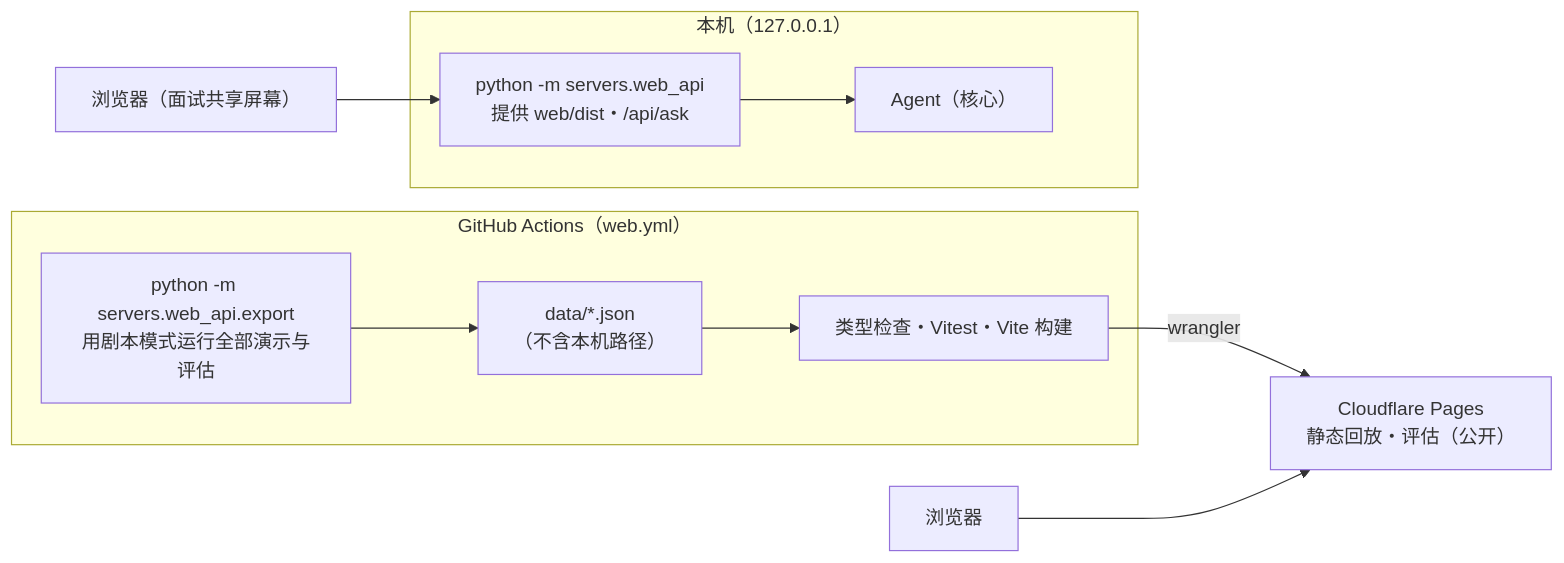
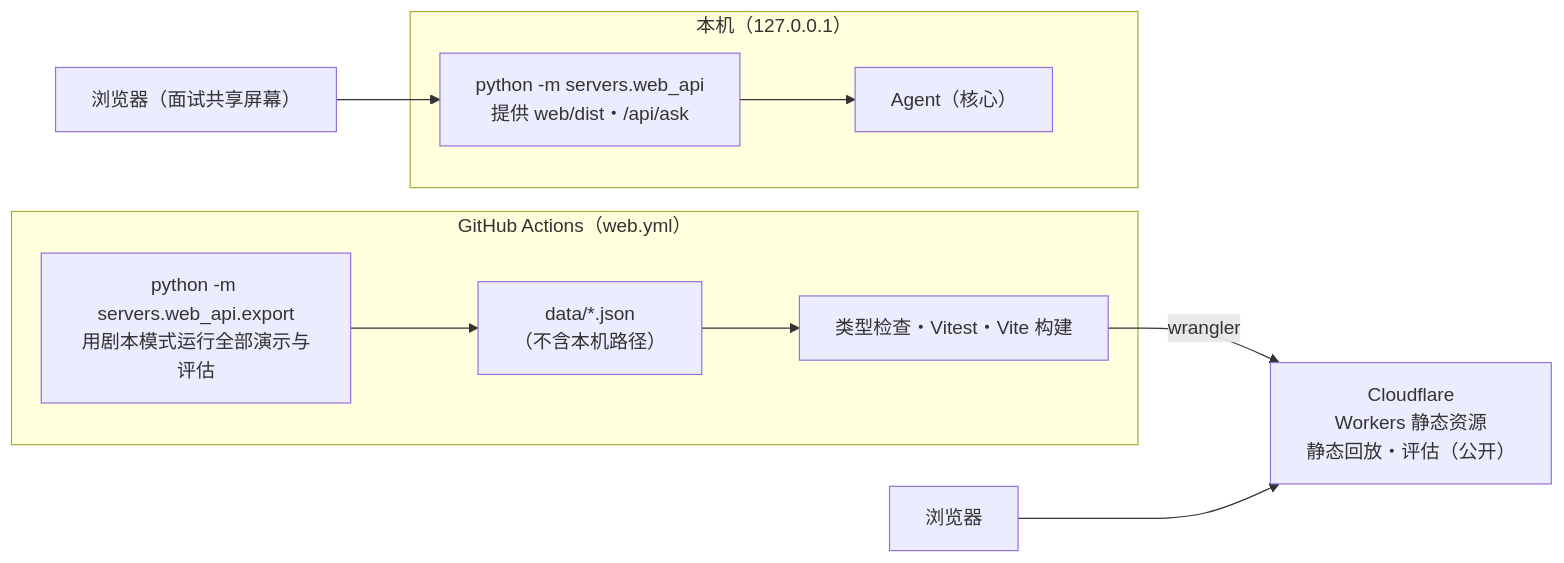
One commit to hexinlong9981/echolab changed the third of 3 diagrams in docs/architecture.zh-CN.md. Above: the diagram before and after it, drawn with Mermaid. The commit also changed other lines of this file and 18 other files, not shown here.

First line of the commit message:
M5: Cloudflare への公開を Workers の静的アセット（wrangler deploy・web/wrangler.jsonc）に変更し、公開 URL を記載

````diff
--- a/docs/architecture.zh-CN.md
+++ b/docs/architecture.zh-CN.md
@@ -206,13 +206,13 @@
 ```mermaid
 flowchart LR
   subgraph CI["GitHub Actions（web.yml）"]
     EX["python -m servers.web_api.export<br/>用剧本模式运行全部演示与评估"] --> JSON["data/*.json<br/>（不含本机路径）"]
     JSON --> B["类型检查・Vitest・Vite 构建"]
   end
-  B -->|wrangler| CF["Cloudflare Pages<br/>静态回放・评估（公开）"]
+  B -->|wrangler| CF["Cloudflare<br/>Workers 静态资源<br/>静态回放・评估（公开）"]
   subgraph LOCAL["本机（127.0.0.1）"]
     API["python -m servers.web_api<br/>提供 web/dist・/api/ask"] --> AG["Agent（核心）"]
   end
   BR["浏览器"] --> CF
   BR2["浏览器（面试共享屏幕）"] --> API
 ```
````
